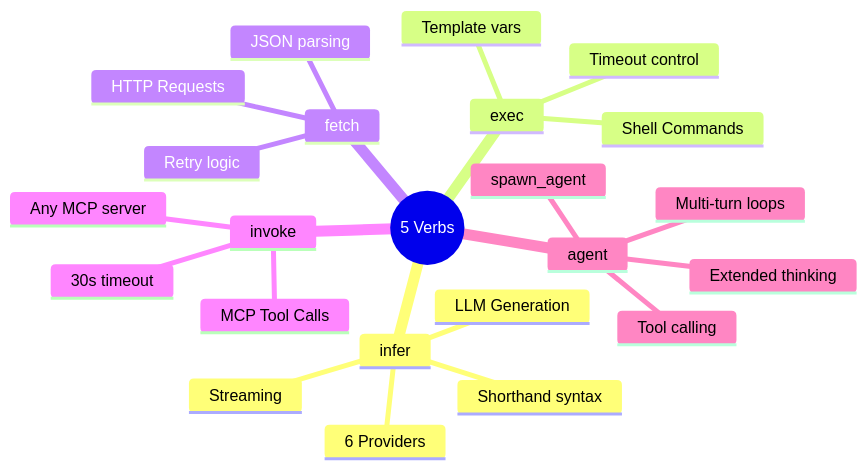
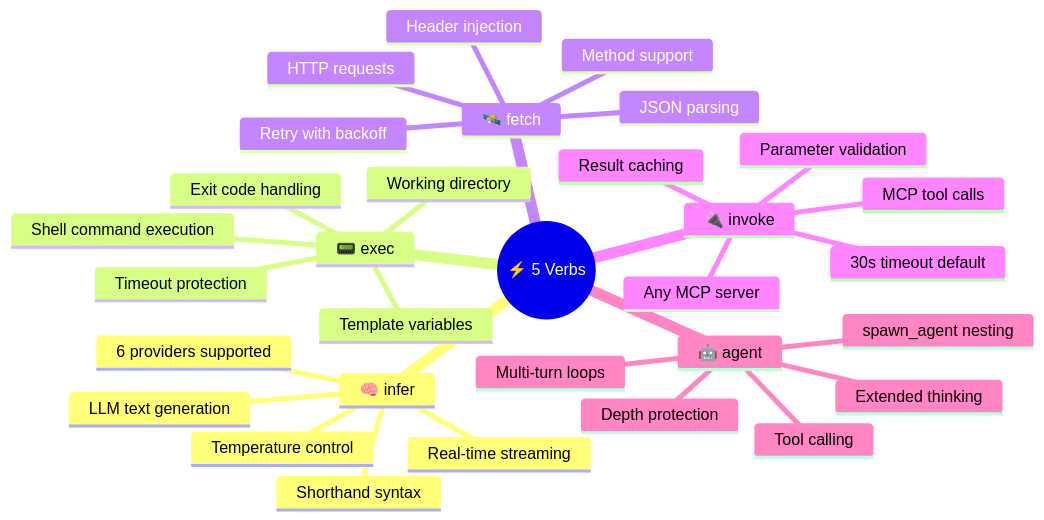
Before and after one commit to supernovae-st/nika: the sixth of 13 diagrams in README.md, drawn with Mermaid. The commit also changed other lines of this file, not shown here.

````diff
--- a/README.md
+++ b/README.md
@@ -337,26 +603,34 @@
 ```mermaid
 mindmap
-  root((5 Verbs))
-    infer
-      LLM Generation
-      6 Providers
-      Streaming
+  root((⚡ 5 Verbs))
+    🧠 infer
+      LLM text generation
+      6 providers supported
+      Real-time streaming
       Shorthand syntax
-    exec
-      Shell Commands
-      Timeout control
-      Template vars
-    fetch
-      HTTP Requests
-      Retry logic
+      Temperature control
+    📟 exec
+      Shell command execution
+      Timeout protection
+      Template variables
+      Exit code handling
+      Working directory
+    🛰️ fetch
+      HTTP requests
+      Retry with backoff
       JSON parsing
-    invoke
-      MCP Tool Calls
+      Header injection
+      Method support
+    🔌 invoke
+      MCP tool calls
       Any MCP server
-      30s timeout
-    agent
+      30s timeout default
+      Parameter validation
+      Result caching
+    🤖 agent
       Multi-turn loops
       Tool calling
-      spawn_agent
+      spawn_agent nesting
       Extended thinking
+      Depth protection
 ```
````
